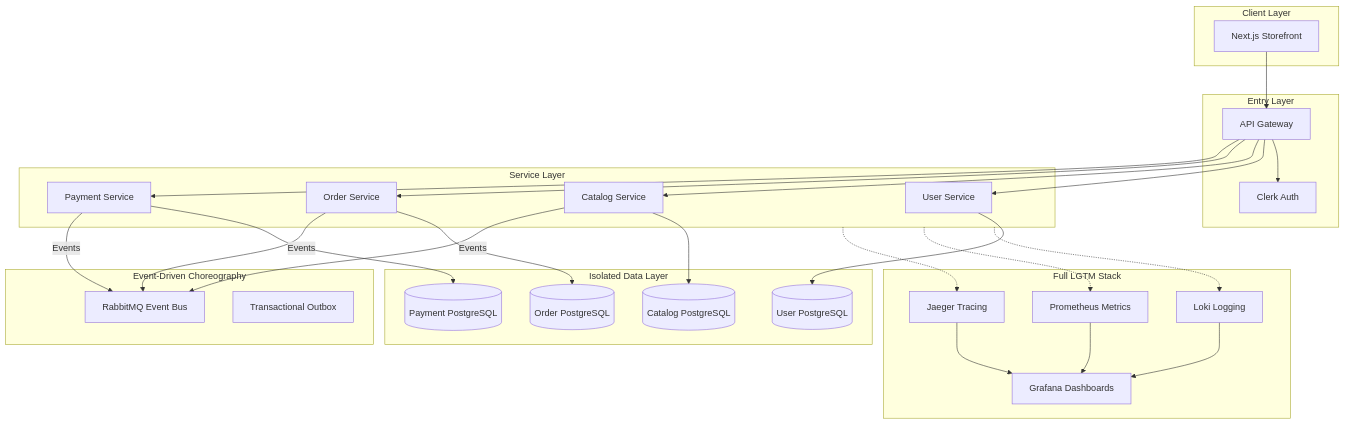
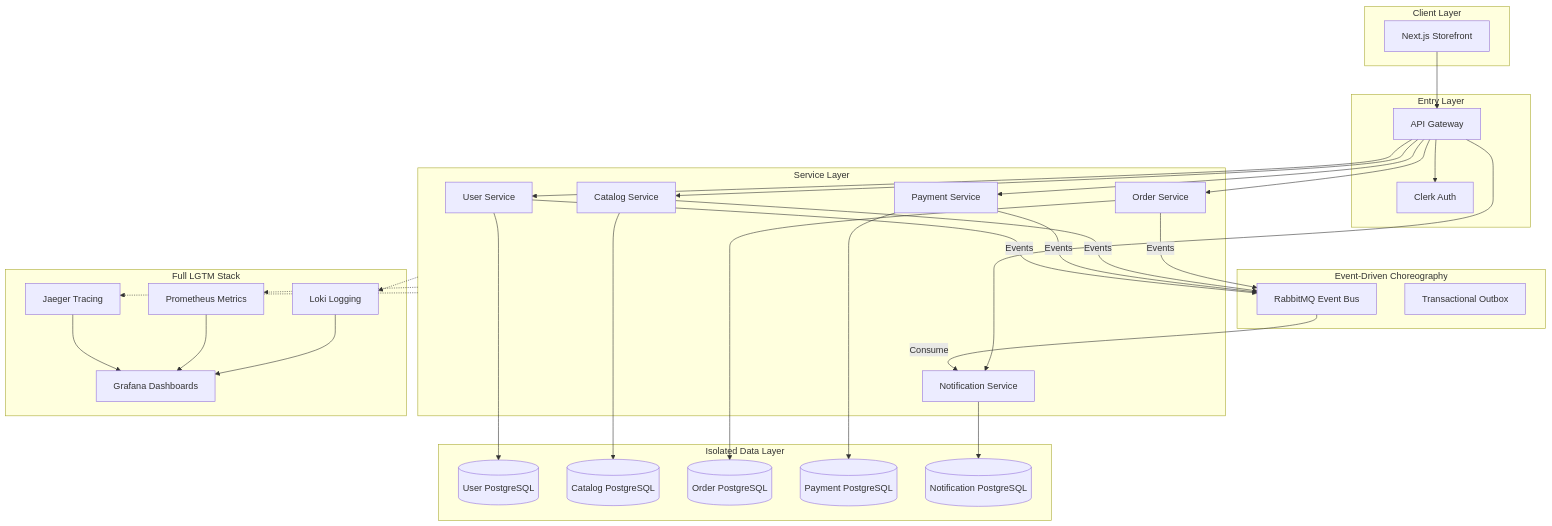
One commit to AmitxParmar/modular-mart-microservices changed the first of 2 diagrams in README.md. Above: the diagram before and after it, drawn with Mermaid. The commit also changed 23 other files, not shown here.

````diff
--- a/README.md
+++ b/README.md
@@ -19,58 +19,64 @@
 ```mermaid
 graph TB
     subgraph Client_Layer [Client Layer]
         Web[Next.js Storefront]
     end
 
     subgraph Entry_Layer [Entry Layer]
         Gateway[API Gateway]
         Auth[Clerk Auth]
     end
 
     subgraph Logic_Layer [Service Layer]
         UserSvc[User Service]
         CatalogSvc[Catalog Service]
         OrderSvc[Order Service]
         PaymentSvc[Payment Service]
+        NotifSvc[Notification Service]
     end
 
     subgraph Data_Layer [Isolated Data Layer]
         UserDB[(User PostgreSQL)]
         CatalogDB[(Catalog PostgreSQL)]
         OrderDB[(Order PostgreSQL)]
         PaymentDB[(Payment PostgreSQL)]
+        NotifDB[(Notification PostgreSQL)]
     end
 
     subgraph Messaging [Event-Driven Choreography]
         RMQ[RabbitMQ Event Bus]
         Outbox[Transactional Outbox]
     end
 
     subgraph Observability [Full LGTM Stack]
         Grafana[Grafana Dashboards]
         Loki[Loki Logging]
         Prom[Prometheus Metrics]
         Jaeger[Jaeger Tracing]
     end
 
     Web --> Gateway
     Gateway --> Auth
     Gateway --> UserSvc
     Gateway --> CatalogSvc
     Gateway --> OrderSvc
     Gateway --> PaymentSvc
+    Gateway --> NotifSvc
 
     UserSvc --> UserDB
     CatalogSvc --> CatalogDB
     OrderSvc --> OrderDB
     PaymentSvc --> PaymentDB
+    NotifSvc --> NotifDB
 
     OrderSvc -- Events --> RMQ
     CatalogSvc -- Events --> RMQ
     PaymentSvc -- Events --> RMQ
+    UserSvc -- Events --> RMQ
+    RMQ -- Consume --> NotifSvc
     
     Logic_Layer -.-> Loki
     Logic_Layer -.-> Prom
     Logic_Layer -.-> Jaeger
     Loki & Prom & Jaeger --> Grafana
 ```
````
